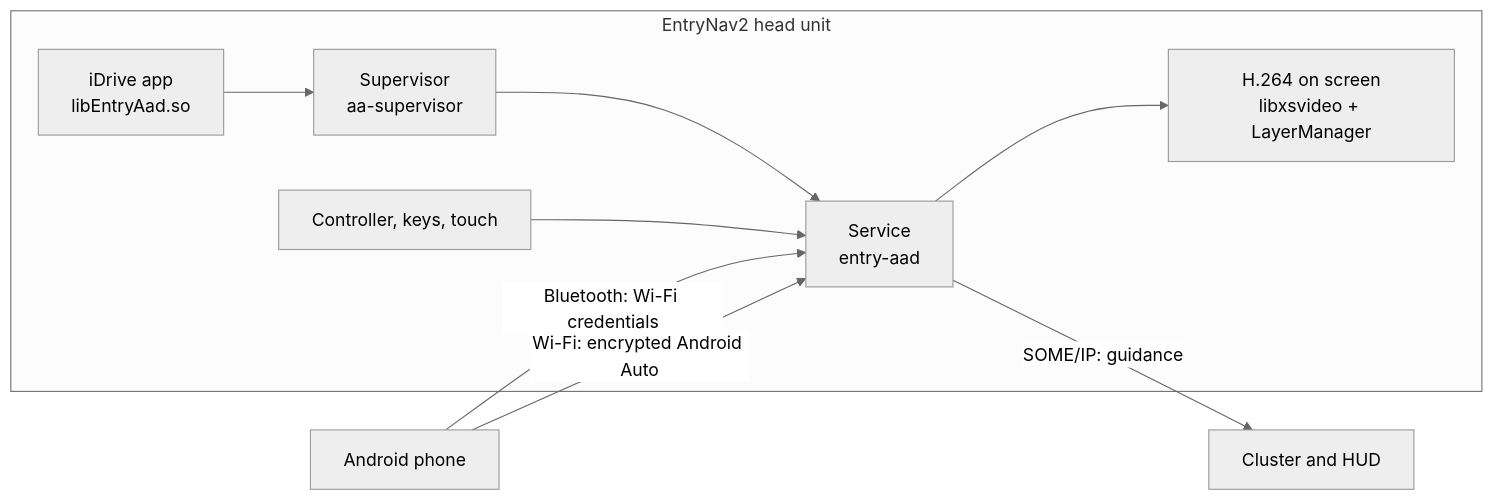
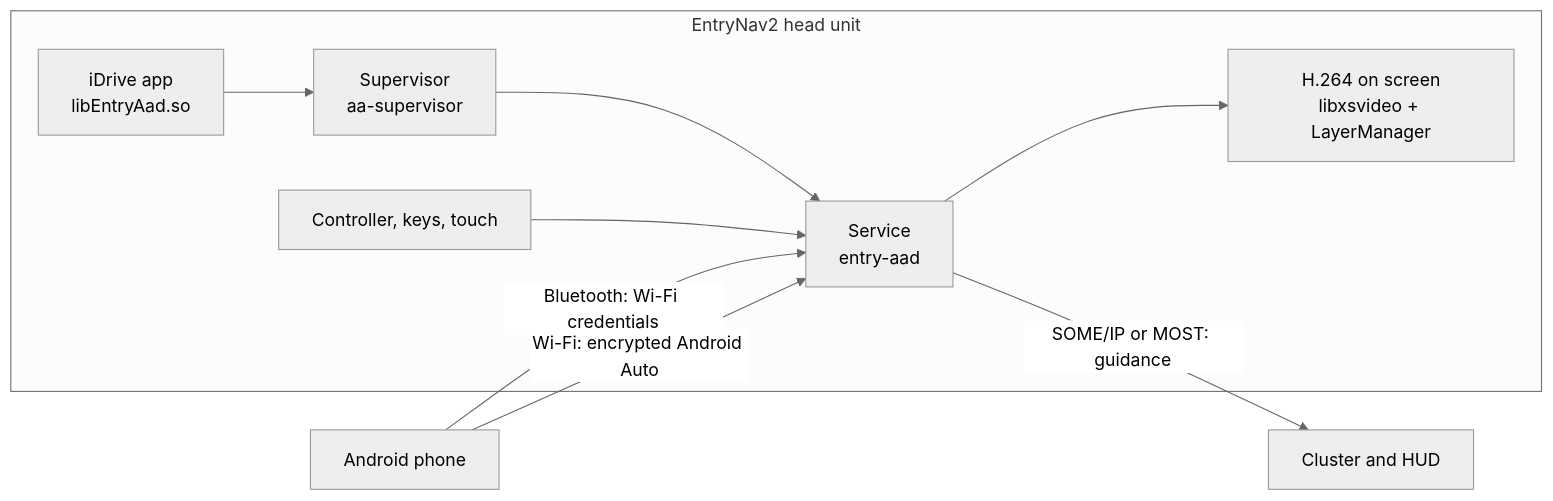
One commit to Inspelning/EntryNav2-Android-Auto changed the diagram in README.md. Above: the diagram before and after it, drawn with Mermaid (neutral theme). The commit also changed other lines of this file and 2 other files, not shown here.

````diff
--- a/README.md
+++ b/README.md
@@ -89,13 +221,13 @@
 ```mermaid
 flowchart LR
     P[Android phone]
     subgraph HU[EntryNav2 head unit]
         A[iDrive app<br/>libEntryAad.so] --> T[Supervisor<br/>aa-supervisor]
         T --> S[Service<br/>entry-aad]
         S --> V[H.264 on screen<br/>libxsvideo + LayerManager]
         I[Controller, keys, touch] --> S
     end
     P -- Bluetooth: Wi-Fi credentials --> S
     P -- Wi-Fi: encrypted Android Auto --> S
-    S -- SOME/IP: guidance --> K[Cluster and HUD]
+    S -- SOME/IP or MOST: guidance --> K[Cluster and HUD]
 ```
````
